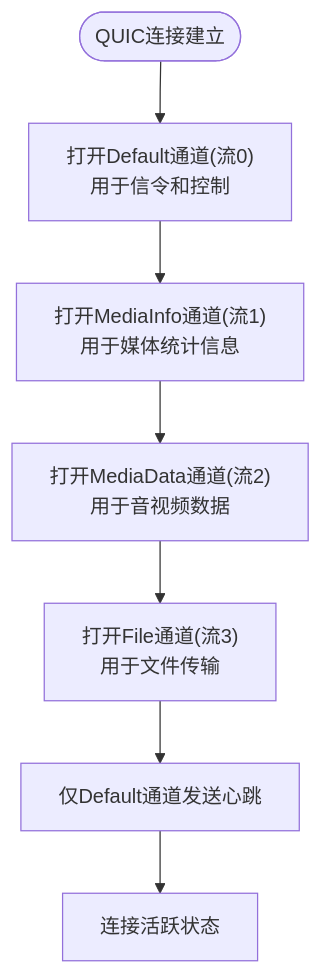
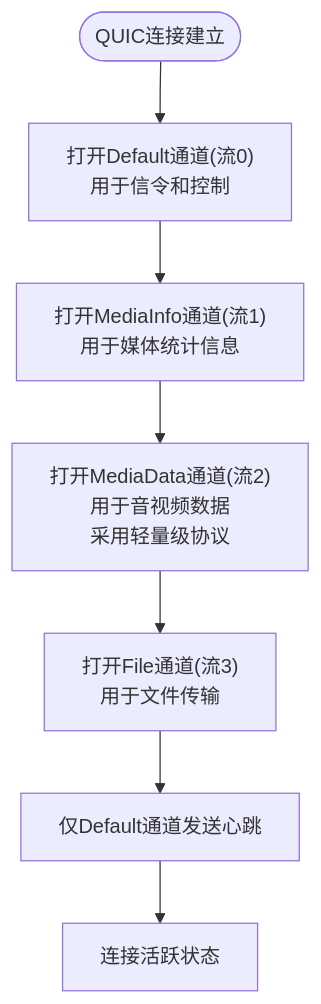
The third of 17 diagrams in .qoder/repowiki/zh/content/后端服务/P2P服务.md (nicolastinger/only-talk-app), drawn with Mermaid before and after one commit. The commit also changed other lines of this file and 5 other files, not shown here.

````diff
--- a/.qoder/repowiki/zh/content/后端服务/P2P服务.md
+++ b/.qoder/repowiki/zh/content/后端服务/P2P服务.md
@@ -217,9 +204,9 @@
 ```mermaid
 flowchart TD
 Start(["QUIC连接建立"]) --> OpenDefault["打开Default通道(流0)<br/>用于信令和控制"]
 OpenDefault --> OpenMediaInfo["打开MediaInfo通道(流1)<br/>用于媒体统计信息"]
-OpenMediaInfo --> OpenMediaData["打开MediaData通道(流2)<br/>用于音视频数据"]
+OpenMediaInfo --> OpenMediaData["打开MediaData通道(流2)<br/>用于音视频数据<br/>采用轻量级协议"]
 OpenMediaData --> OpenFile["打开File通道(流3)<br/>用于文件传输"]
 OpenFile --> Heartbeat["仅Default通道发送心跳"]
 Heartbeat --> Active["连接活跃状态"]
 ```
````
